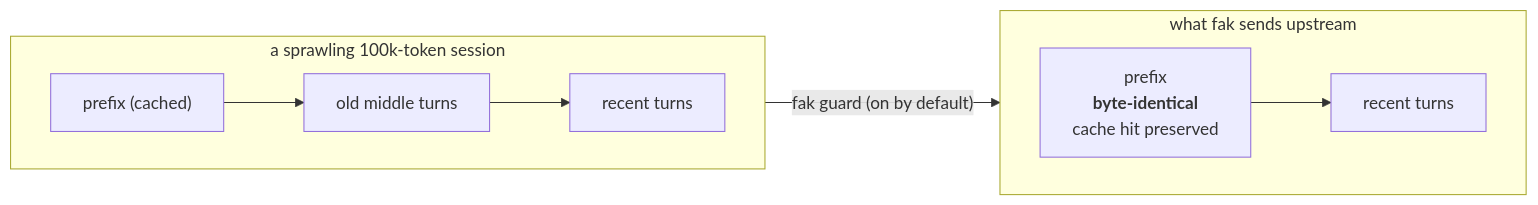
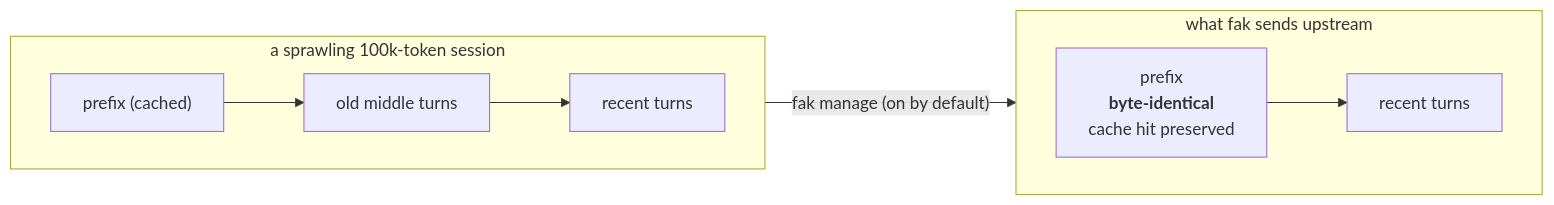
One commit to anthony-chaudhary/fak changed the fourth of 4 diagrams in docs/README-legacy.md. Above: the diagram before and after it, drawn with Mermaid. The commit also changed other lines of this file and 249 other files, not shown here.

First line of the commit message:
docs(manage): migrate canonical launch surface (#6539) (fak managedocs)

````diff
--- a/docs/README-legacy.md
+++ b/docs/README-legacy.md
@@ -229,12 +229,12 @@
 ```mermaid
 flowchart LR
   subgraph s1["a sprawling 100k-token session"]
     direction LR
     h["prefix (cached)"] --> m["old middle turns"] --> t["recent turns"]
   end
   subgraph s2["what fak sends upstream"]
     direction LR
     h2["prefix<br/><b>byte-identical</b><br/>cache hit preserved"] --> t2["recent turns"]
   end
-  s1 -->|"fak guard (on by default)"| s2
+  s1 -->|"fak manage (on by default)"| s2
 ```
````
